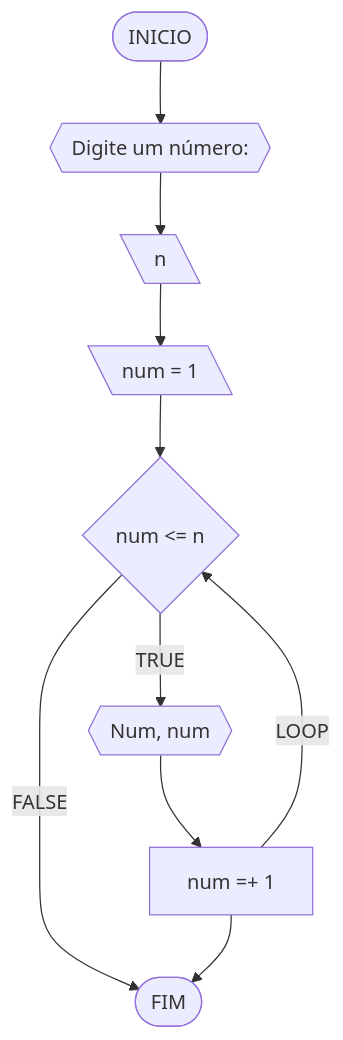
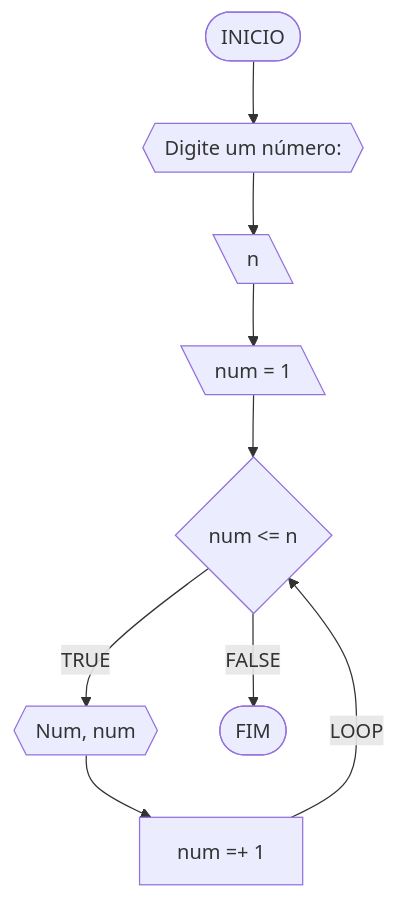
The first of 6 diagrams in RLA/unidade1/lista3.md (dionysuspsn/unifor-1), drawn with Mermaid before and after one commit. The commit also changed other lines of this file, not shown here.

````diff
--- a/RLA/unidade1/lista3.md
+++ b/RLA/unidade1/lista3.md
@@ -9,12 +9,11 @@
 ```mermaid
 flowchart TD
 A([INICIO]) --> B{{Digite um número: }}
 B --> C[\n\]
 C --> D[\num = 1\]
 D --> E{num <= n}
 E --TRUE--> F{{"Num", num}}
 F --> G[num =+ 1]
 G --LOOP--> E
 E --FALSE--> I([FIM])
-G --> I
 ```
````
